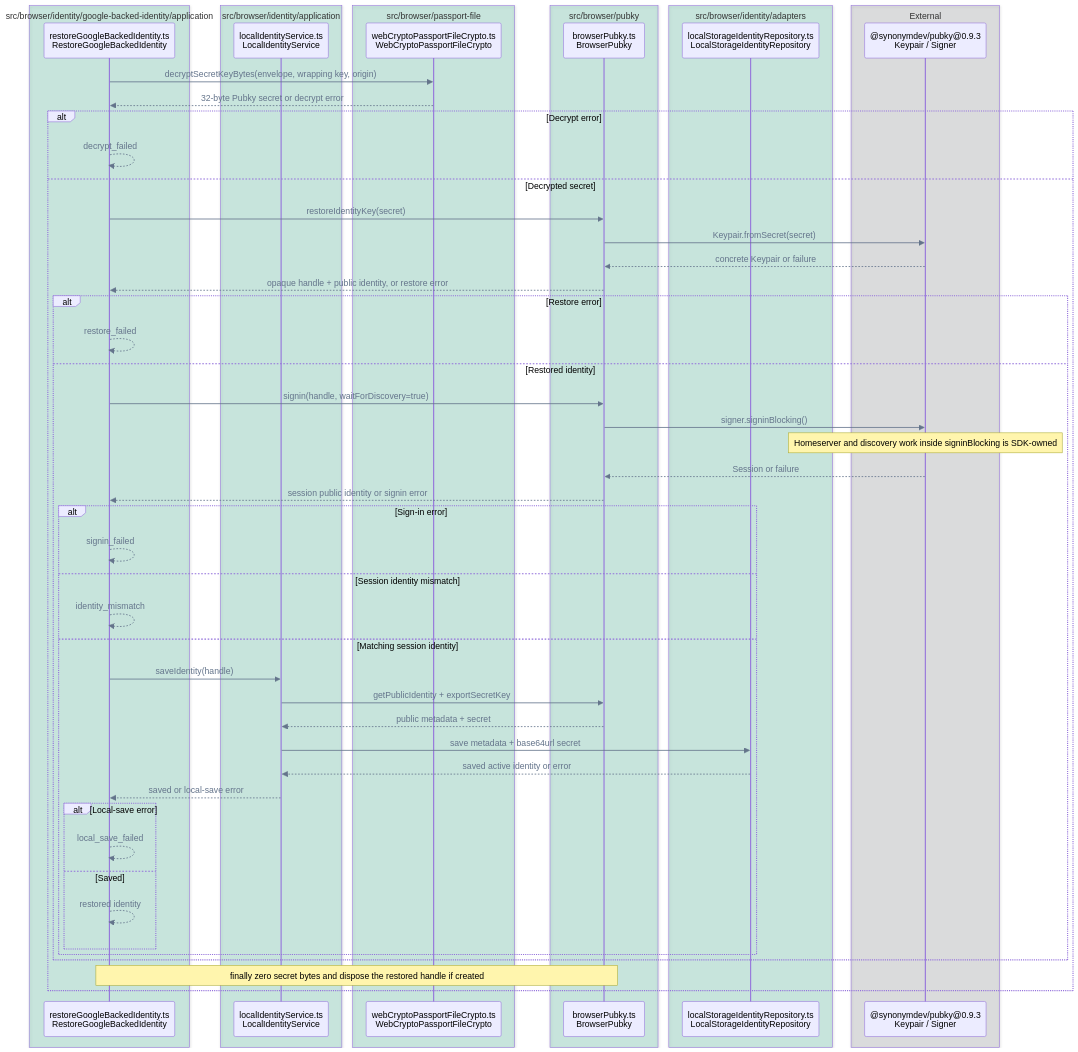
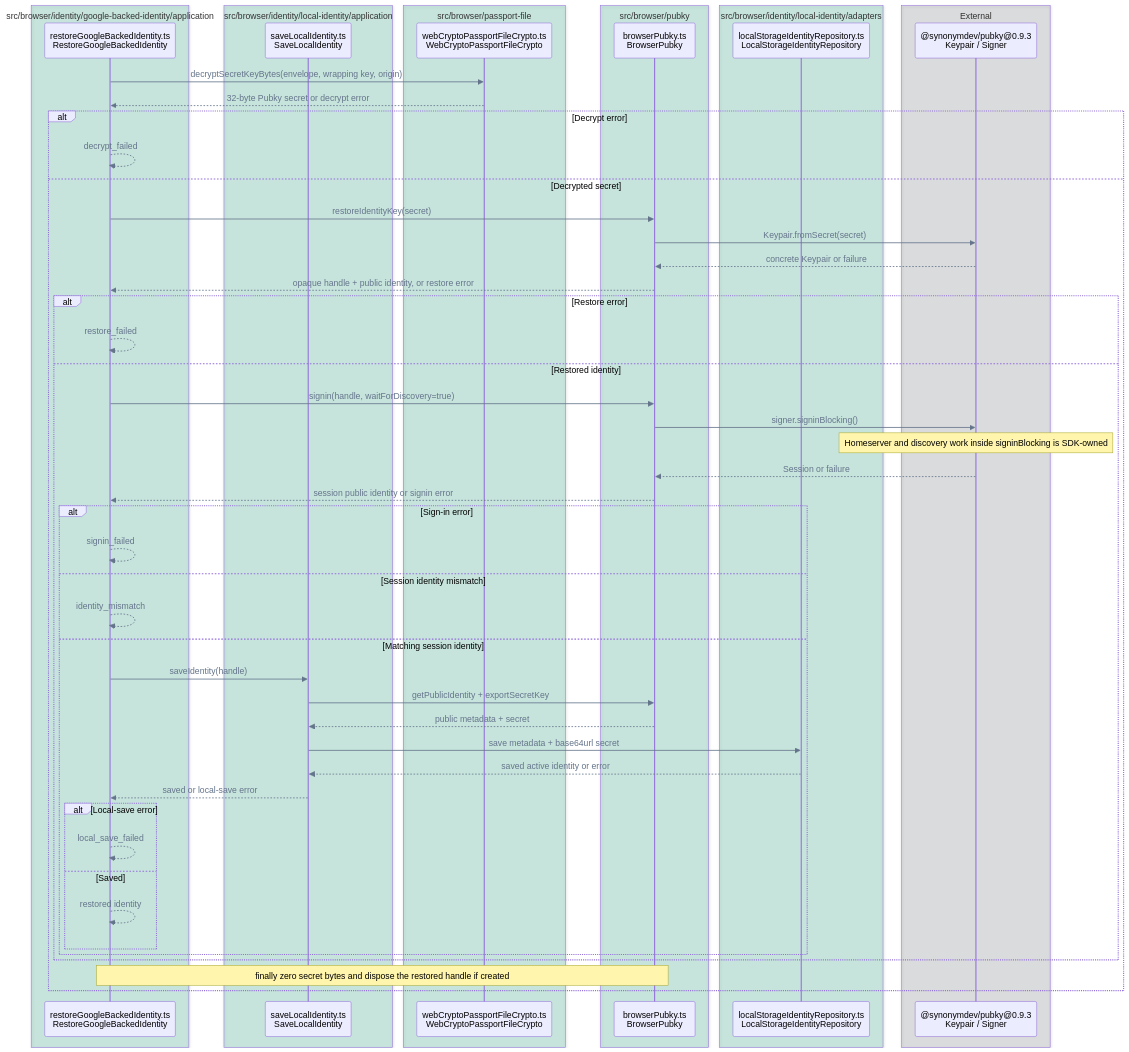
The ninth of 14 diagrams in FLOWS.md (pubky/pubky-passport), drawn with Mermaid before and after one commit. The commit also changed other lines of this file and 45 other files, not shown here.

Commit message:
refactor: organize browser identity by capability

````diff
--- a/FLOWS.md
+++ b/FLOWS.md
@@ -431,62 +436,62 @@
 ```mermaid
 %%{init: {"themeVariables": {"signalColor": "#64748B", "signalTextColor": "#64748B"}}}%%
 sequenceDiagram
     accTitle: Existing identity restore call flow
     accDescr: Browser crypto decrypts the Drive envelope, BrowserPubky signs in with the restored key, and only a matching activated identity is saved locally; failures stop before later stages and cleanup runs after decryption succeeds.
     box rgba(0, 158, 115, 0.18) src/browser/identity/google-backed-identity/application
         participant Restore as restoreGoogleBackedIdentity.ts<br/>RestoreGoogleBackedIdentity
     end
-    box rgba(0, 158, 115, 0.18) src/browser/identity/application
-        participant Local as localIdentityService.ts<br/>LocalIdentityService
+    box rgba(0, 158, 115, 0.18) src/browser/identity/local-identity/application
+        participant Local as saveLocalIdentity.ts<br/>SaveLocalIdentity
     end
     box rgba(0, 158, 115, 0.18) src/browser/passport-file
         participant Crypto as webCryptoPassportFileCrypto.ts<br/>WebCryptoPassportFileCrypto
     end
     box rgba(0, 158, 115, 0.18) src/browser/pubky
         participant Pubky as browserPubky.ts<br/>BrowserPubky
     end
-    box rgba(0, 158, 115, 0.18) src/browser/identity/adapters
+    box rgba(0, 158, 115, 0.18) src/browser/identity/local-identity/adapters
         participant Repo as localStorageIdentityRepository.ts<br/>LocalStorageIdentityRepository
     end
     box rgba(17, 24, 39, 0.12) External
         participant SDK as @synonymdev/pubky@0.9.3<br/>Keypair / Signer
     end
 
     Restore->>Crypto: decryptSecretKeyBytes(envelope, wrapping key, origin)
     Crypto-->>Restore: 32-byte Pubky secret or decrypt error
     alt Decrypt error
         Restore-->>Restore: decrypt_failed
     else Decrypted secret
         Restore->>Pubky: restoreIdentityKey(secret)
         Pubky->>SDK: Keypair.fromSecret(secret)
         SDK-->>Pubky: concrete Keypair or failure
         Pubky-->>Restore: opaque handle + public identity, or restore error
         alt Restore error
             Restore-->>Restore: restore_failed
         else Restored identity
             Restore->>Pubky: signin(handle, waitForDiscovery=true)
             Pubky->>SDK: signer.signinBlocking()
             Note over SDK: Homeserver and discovery work inside signinBlocking is SDK-owned
             SDK-->>Pubky: Session or failure
             Pubky-->>Restore: session public identity or signin error
             alt Sign-in error
                 Restore-->>Restore: signin_failed
             else Session identity mismatch
                 Restore-->>Restore: identity_mismatch
             else Matching session identity
                 Restore->>Local: saveIdentity(handle)
                 Local->>Pubky: getPublicIdentity + exportSecretKey
                 Pubky-->>Local: public metadata + secret
                 Local->>Repo: save metadata + base64url secret
                 Repo-->>Local: saved active identity or error
                 Local-->>Restore: saved or local-save error
                 alt Local-save error
                     Restore-->>Restore: local_save_failed
                 else Saved
                     Restore-->>Restore: restored identity
                 end
             end
         end
         Note over Restore,Pubky: finally zero secret bytes and dispose the restored handle if created
     end
 ```
````
